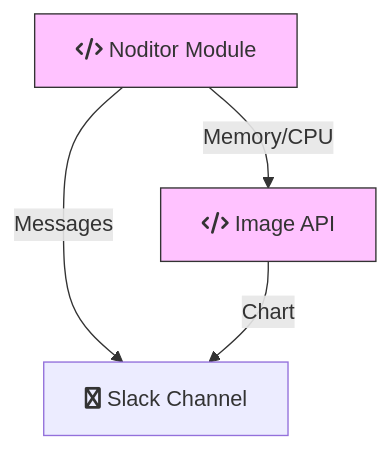
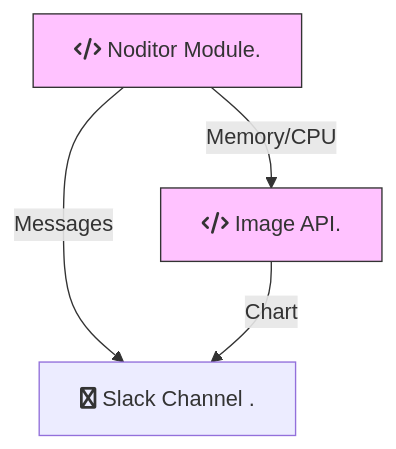
Before and after one commit to wkande/noditor: the diagram in docs/main.md, drawn with Mermaid. The commit also changed other lines of this file and 8 other files, not shown here.

````diff
--- a/docs/main.md
+++ b/docs/main.md
@@ -20,9 +20,9 @@
 ```mermaid
 graph TB
-    A[fa:fa-code Noditor Module] --> |Memory/CPU| B[fa:fa-code Image API]
+    A[fa:fa-code Noditor Module.] --> |Memory/CPU| B[fa:fa-code Image API.]
     A -->| Messages | C
-    B--> | Chart | C[fa:fa-slack Slack Channel]
+    B--> | Chart | C[fa:fa-slack Slack Channel .]
     style A fill:#f9f9,stroke:#333,stroke-width:1px
     style B fill:#f9f9,stroke:#333,stroke-width:1px
 
 ```
````
